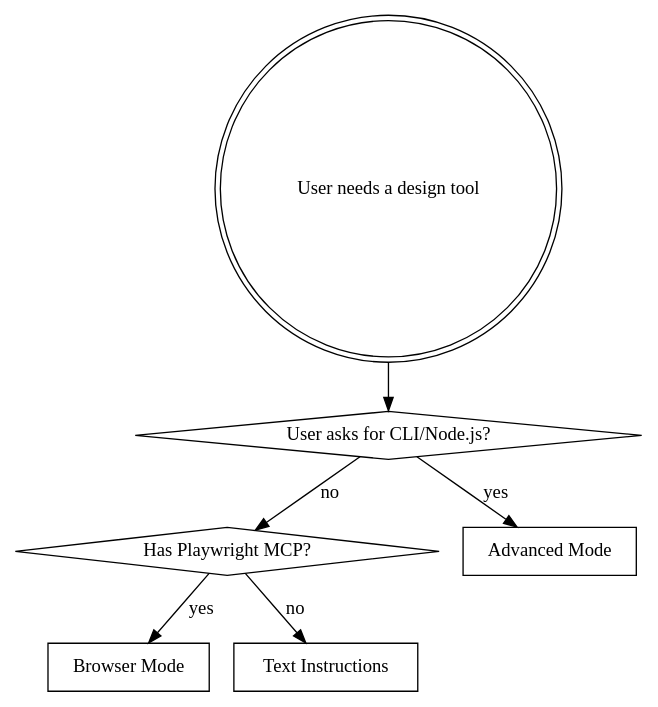
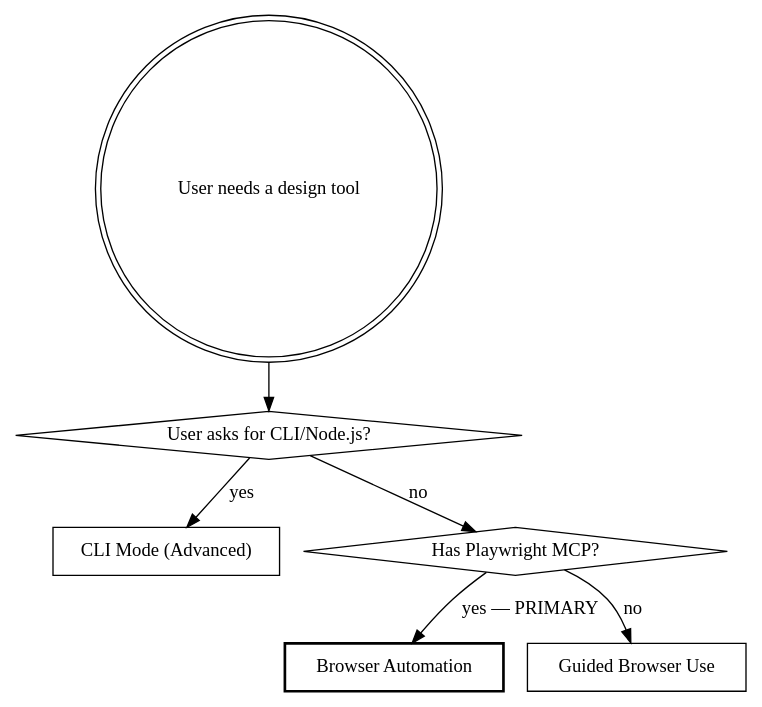
The diagram in skills/delphitools/SKILL.md (eins78/agent-skills), drawn with Graphviz before and after one commit. The commit also changed other lines of this file and 50 other files, not shown here.

First line of the commit message:
delphitools: browser-first mode hierarchy + wrapper audit

````diff
--- a/skills/delphitools/SKILL.md
+++ b/skills/delphitools/SKILL.md
@@ -78,16 +78,16 @@
 ```dot
 digraph mode {
   "User needs a design tool" [shape=doublecircle];
+  "User asks for CLI/Node.js?" [shape=diamond];
+  "CLI Mode (Advanced)" [shape=box];
   "Has Playwright MCP?" [shape=diamond];
-  "Browser Mode" [shape=box];
-  "Text Instructions" [shape=box];
-  "User asks for CLI/Node.js?" [shape=diamond];
-  "Advanced Mode" [shape=box];
+  "Browser Automation" [shape=box, style=bold];
+  "Guided Browser Use" [shape=box];
 
   "User needs a design tool" -> "User asks for CLI/Node.js?";
-  "User asks for CLI/Node.js?" -> "Advanced Mode" [label="yes"];
+  "User asks for CLI/Node.js?" -> "CLI Mode (Advanced)" [label="yes"];
   "User asks for CLI/Node.js?" -> "Has Playwright MCP?" [label="no"];
-  "Has Playwright MCP?" -> "Browser Mode" [label="yes"];
-  "Has Playwright MCP?" -> "Text Instructions" [label="no"];
+  "Has Playwright MCP?" -> "Browser Automation" [label="yes — PRIMARY"];
+  "Has Playwright MCP?" -> "Guided Browser Use" [label="no"];
 }
 ```
````
